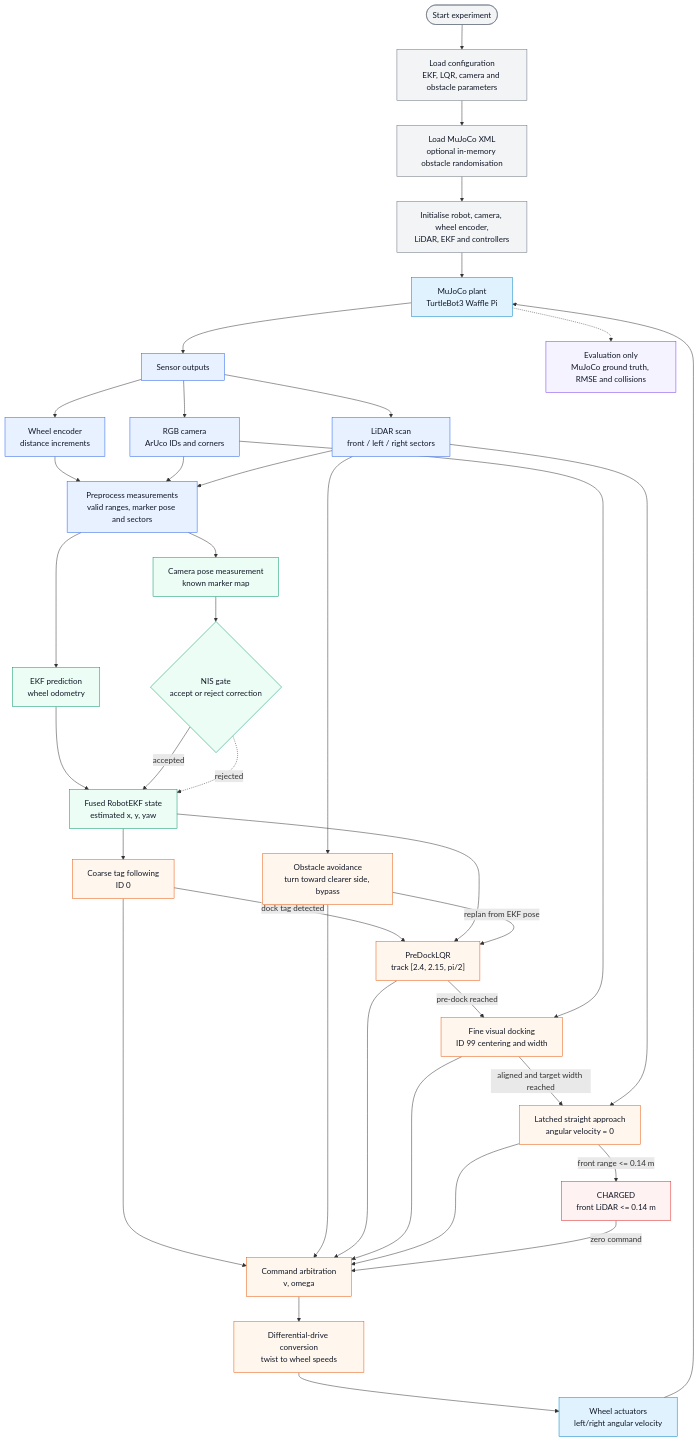
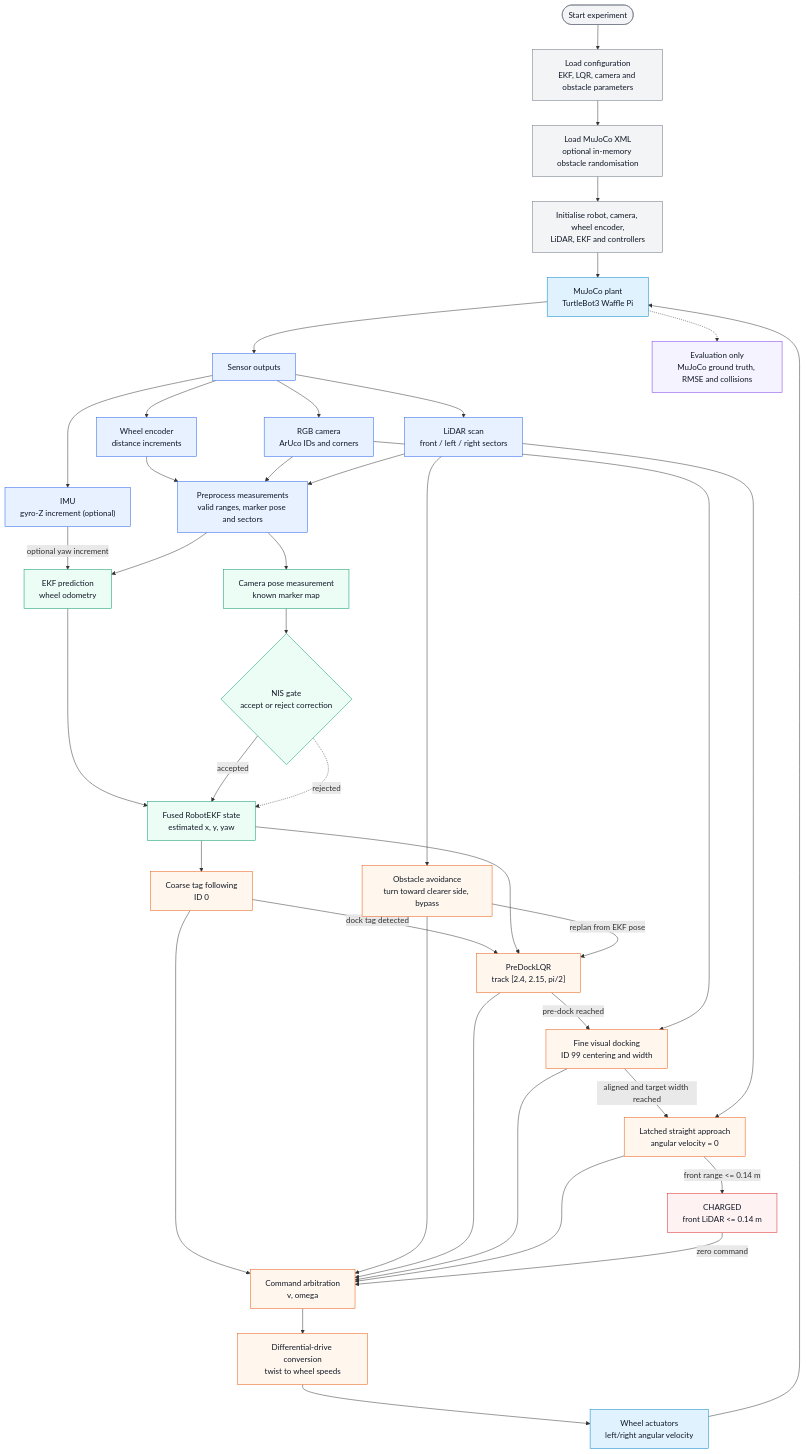
Before and after one commit to LachieCameron/Integrated-Project: the diagram in README.md, drawn with Mermaid. The commit also changed other lines of this file, not shown here.

Commit message:
added IMU sensor

```diff
--- a/README.md
+++ b/README.md
@@ -53,6 +53,7 @@
     ACT["Wheel actuators<br/>left/right angular velocity"]
     SENSOR["Sensor outputs"]
     ENC["Wheel encoder<br/>distance increments"]
+    IMU["IMU<br/>gyro-Z increment (optional)"]
     CAM["RGB camera<br/>ArUco IDs and corners"]
     LIDAR["LiDAR scan<br/>front / left / right sectors"]
 
@@ -77,9 +78,11 @@
     CONVERT --> ACT --> PLANT
     PLANT --> SENSOR
     SENSOR --> ENC
+    SENSOR --> IMU
     SENSOR --> CAM
     SENSOR --> LIDAR
     ENC --> PREP
+    IMU -->|"optional yaw increment"| PREDICT
     CAM --> PREP
     LIDAR --> PREP
     PREP --> PREDICT --> EKF
@@ -118,7 +121,7 @@
 
     class START,CONFIG,SCENE,INIT setup
     class PLANT,ACT plant
-    class SENSOR,ENC,CAM,LIDAR,PREP sensor
+    class SENSOR,ENC,IMU,CAM,LIDAR,PREP sensor
     class PREDICT,POSE,GATE,EKF estimate
     class TAG,AVOID,PREDOCK,VISUAL,APPROACH,TWIST,CONVERT control
     class CHARGE terminal
```
